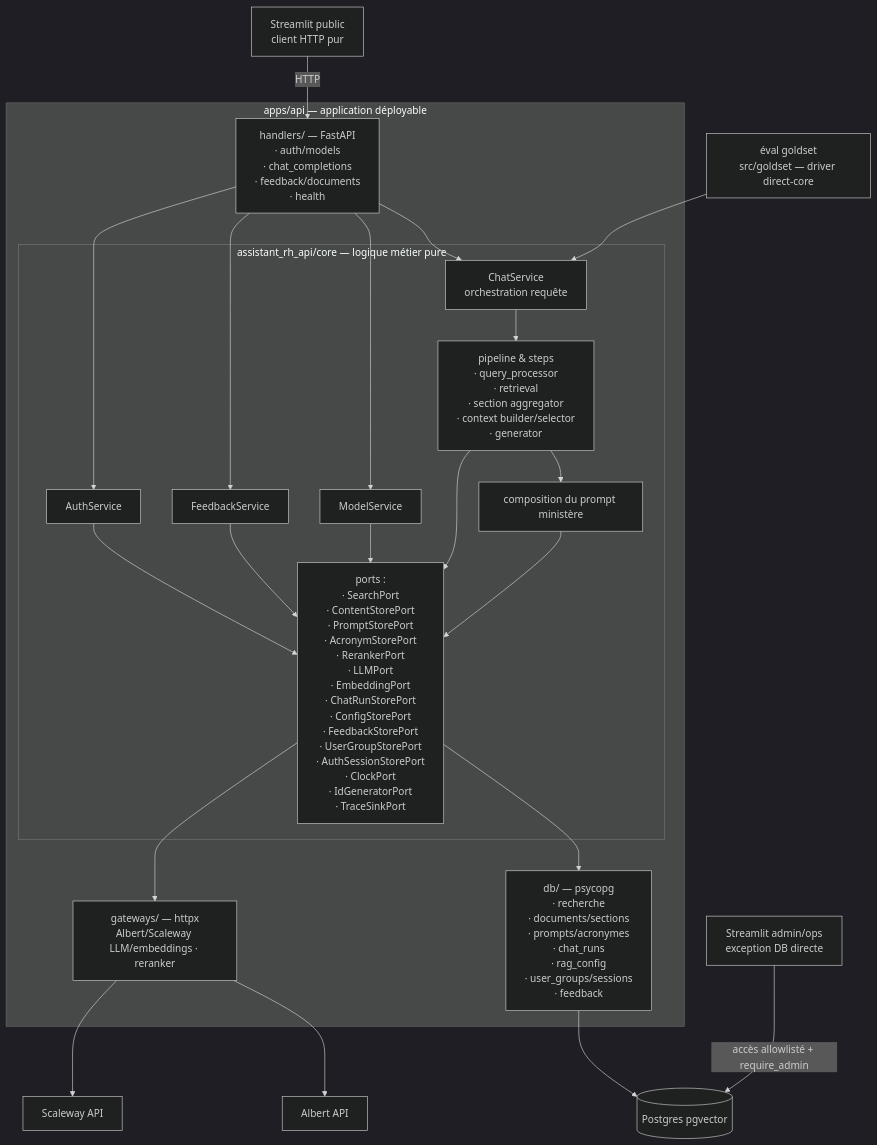
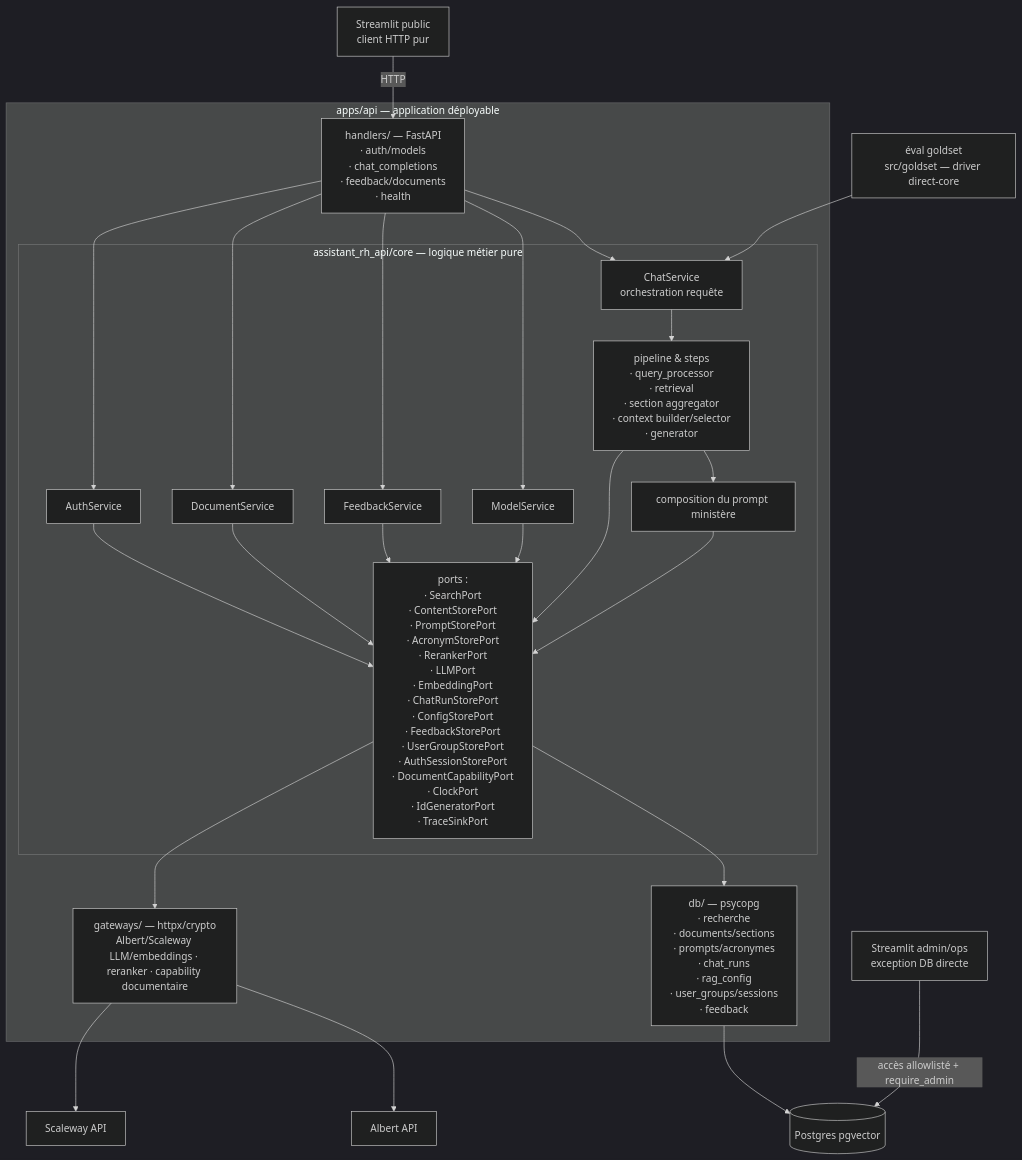
The diagram in docs/architecture/hexagonal-split/01-target-architecture.md (DGAFP/assistant-rh), drawn with Mermaid (dark theme) before and after one commit. The commit also changed other lines of this file and 8 other files, not shown here.

````diff
--- a/docs/architecture/hexagonal-split/01-target-architecture.md
+++ b/docs/architecture/hexagonal-split/01-target-architecture.md
@@ -7,47 +7,51 @@
 ```mermaid
 flowchart TB
     ST[Streamlit public<br/>client HTTP pur]
     ADMIN[Streamlit admin/ops<br/>exception DB directe]
     EV[éval goldset<br/>src/goldset — driver direct-core]
 
     subgraph api ["apps/api — application déployable"]
         H[handlers/ — FastAPI<br/>· auth/models <br/>· chat_completions <br/>· feedback/documents <br/>· health]
 
         subgraph core ["assistant_rh_api/core — logique métier pure"]
             CS[ChatService<br/>orchestration requête]
             MS[ModelService]
             P[pipeline & steps<br/>· query_processor <br>· retrieval <br/> · section aggregator  <br/> · context builder/selector <br/> · generator]
             PP[composition du prompt ministère]
-            PO[ports :<br/>· SearchPort <br/>· ContentStorePort<br/>· PromptStorePort <br/>· AcronymStorePort<br/>· RerankerPort <br/>· LLMPort <br/>· EmbeddingPort<br/>· ChatRunStorePort <br/>· ConfigStorePort<br/>· FeedbackStorePort<br/>· UserGroupStorePort<br/>· AuthSessionStorePort<br/>· ClockPort<br/>· IdGeneratorPort<br/>· TraceSinkPort]
+            PO[ports :<br/>· SearchPort <br/>· ContentStorePort<br/>· PromptStorePort <br/>· AcronymStorePort<br/>· RerankerPort <br/>· LLMPort <br/>· EmbeddingPort<br/>· ChatRunStorePort <br/>· ConfigStorePort<br/>· FeedbackStorePort<br/>· UserGroupStorePort<br/>· AuthSessionStorePort<br/>· DocumentCapabilityPort<br/>· ClockPort<br/>· IdGeneratorPort<br/>· TraceSinkPort]
 
 
             FS[FeedbackService]
+
+            DS[DocumentService]
 
             AU[AuthService]
 
         end
 
         DB[db/ — psycopg<br/>· recherche <br> · documents/sections <br/> · prompts/acronymes<br/> · chat_runs <br> · rag_config <br/> · user_groups/sessions <br> · feedback]
-        GW[gateways/ — httpx<br/>Albert/Scaleway LLM/embeddings · reranker]
+        GW[gateways/ — httpx/crypto<br/>Albert/Scaleway LLM/embeddings · reranker · capability documentaire]
     end
 
     ST -->|HTTP| H
     H --> CS
     EV --> CS
     CS --> P
     P --> PP
     H --> MS
     MS --> PO
     P --> PO
     PP --> PO
     PO --> DB
     PO --> GW
     DB --> PG[(Postgres pgvector)]
     ADMIN -->|accès allowlisté + require_admin| PG
     GW --> ALB[Albert API]
     GW --> SCW[Scaleway API]
     H --> FS
     FS --> PO
+    H --> DS
+    DS --> PO
     H --> AU
     AU --> PO
 ```
````
